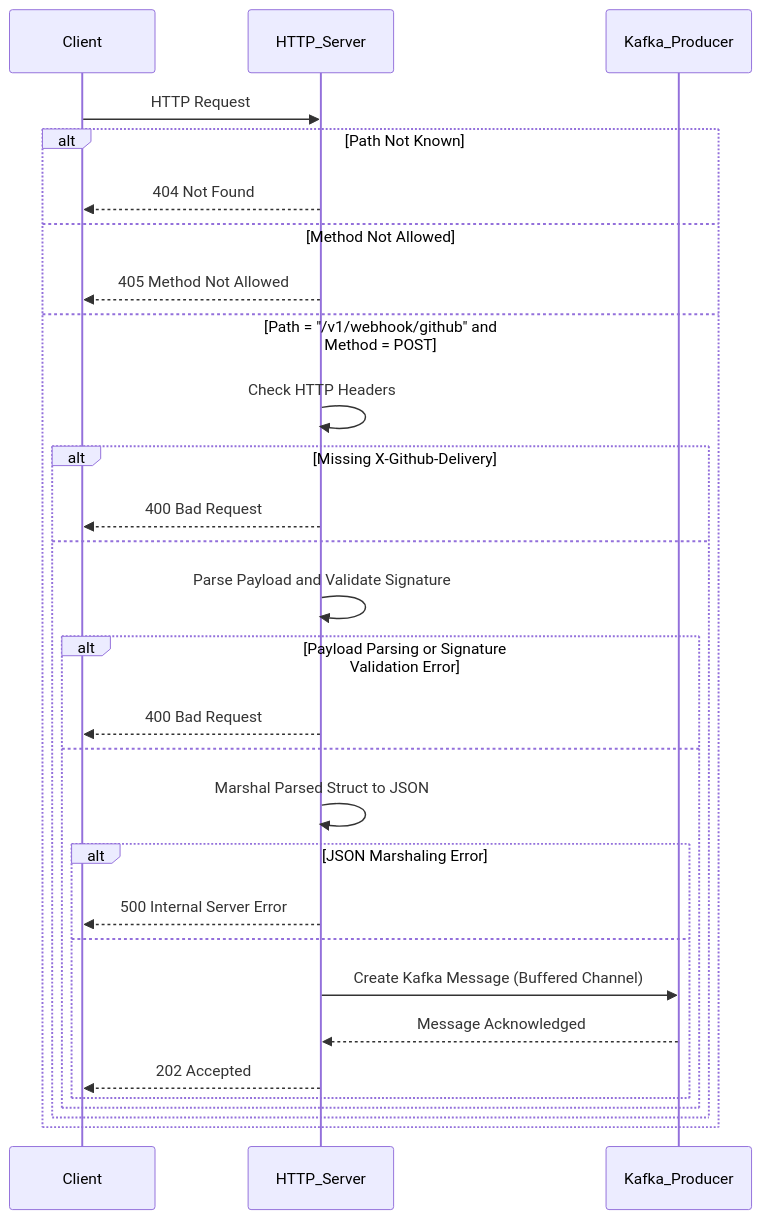
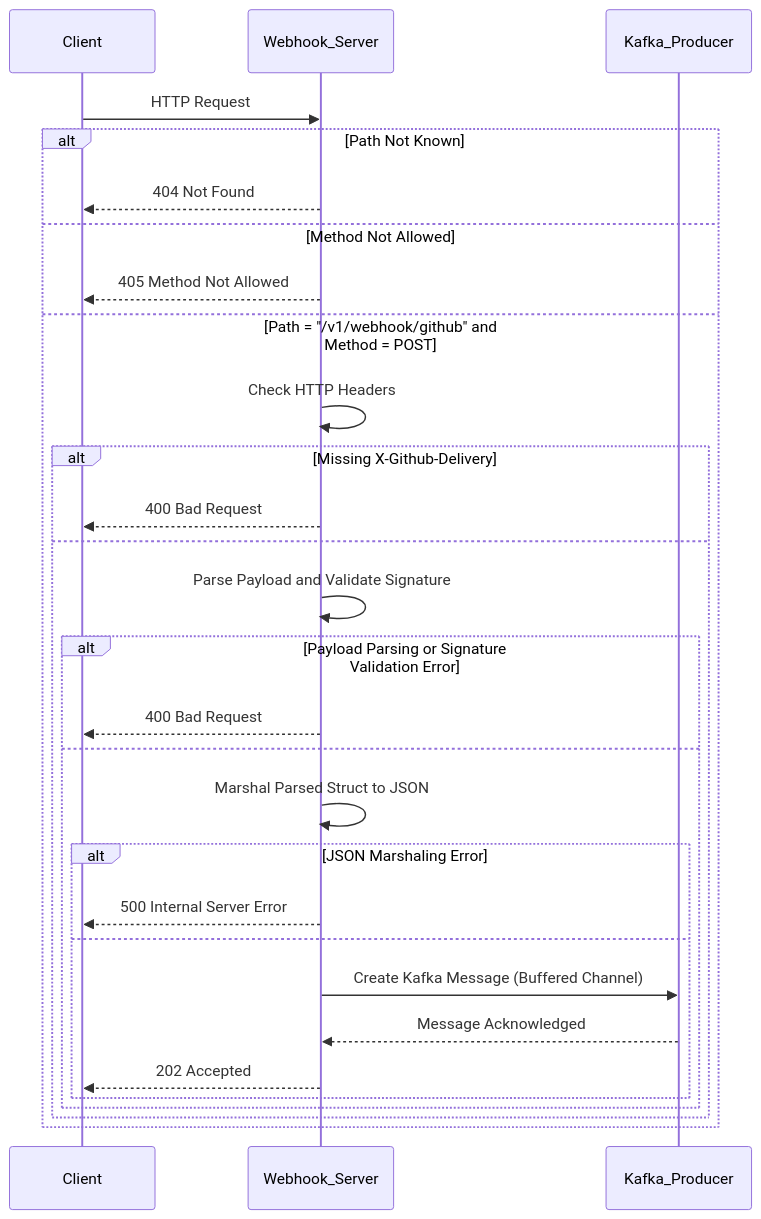
One commit to devchain-network/cauldron changed the first of 2 diagrams in SEQUENCE_DIAGRAMS.md. Above: the diagram before and after it, drawn with Mermaid. The commit also changed other lines of this file and 11 other files, not shown here.

````diff
--- a/SEQUENCE_DIAGRAMS.md
+++ b/SEQUENCE_DIAGRAMS.md
@@ -10,32 +10,32 @@
 ```mermaid
 sequenceDiagram
     participant Client
-    participant HTTP_Server
+    participant Webhook_Server
     participant Kafka_Producer
 
-    Client->>HTTP_Server: HTTP Request
+    Client->>Webhook_Server: HTTP Request
     alt Path Not Known
-        HTTP_Server-->>Client: 404 Not Found
+        Webhook_Server-->>Client: 404 Not Found
     else Method Not Allowed
-        HTTP_Server-->>Client: 405 Method Not Allowed
+        Webhook_Server-->>Client: 405 Method Not Allowed
     else Path = "/v1/webhook/github" and Method = POST
-        HTTP_Server->>HTTP_Server: Check HTTP Headers
+        Webhook_Server->>Webhook_Server: Check HTTP Headers
         alt Missing X-Github-Delivery
-            HTTP_Server-->>Client: 400 Bad Request
+            Webhook_Server-->>Client: 400 Bad Request
         else
-            HTTP_Server->>HTTP_Server: Parse Payload and Validate Signature
+            Webhook_Server->>Webhook_Server: Parse Payload and Validate Signature
             alt Payload Parsing or Signature Validation Error
-                HTTP_Server-->>Client: 400 Bad Request
+                Webhook_Server-->>Client: 400 Bad Request
             else
-                HTTP_Server->>HTTP_Server: Marshal Parsed Struct to JSON
+                Webhook_Server->>Webhook_Server: Marshal Parsed Struct to JSON
                 alt JSON Marshaling Error
-                    HTTP_Server-->>Client: 500 Internal Server Error
+                    Webhook_Server-->>Client: 500 Internal Server Error
                 else
-                    HTTP_Server->>Kafka_Producer: Create Kafka Message (Buffered Channel)
-                    Kafka_Producer-->>HTTP_Server: Message Acknowledged
-                    HTTP_Server-->>Client: 202 Accepted
+                    Webhook_Server->>Kafka_Producer: Create Kafka Message (Buffered Channel)
+                    Kafka_Producer-->>Webhook_Server: Message Acknowledged
+                    Webhook_Server-->>Client: 202 Accepted
                 end
             end
         end
     end
 ```
````
